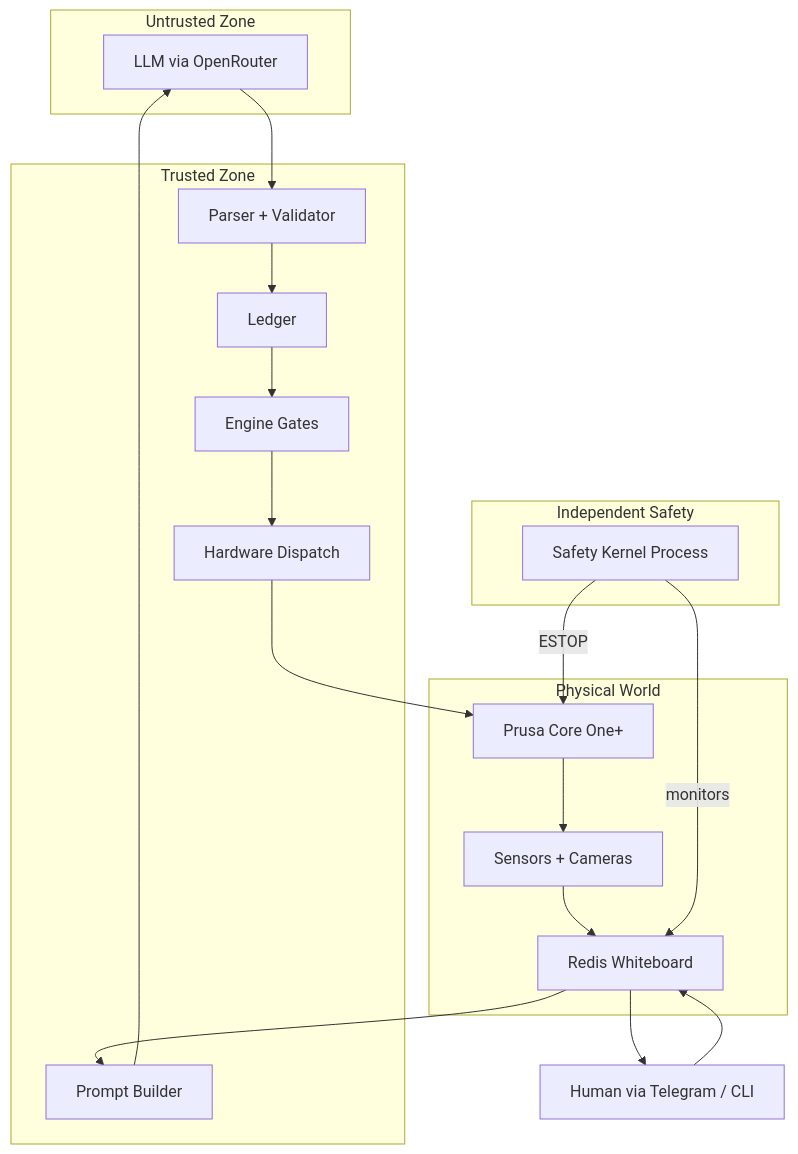
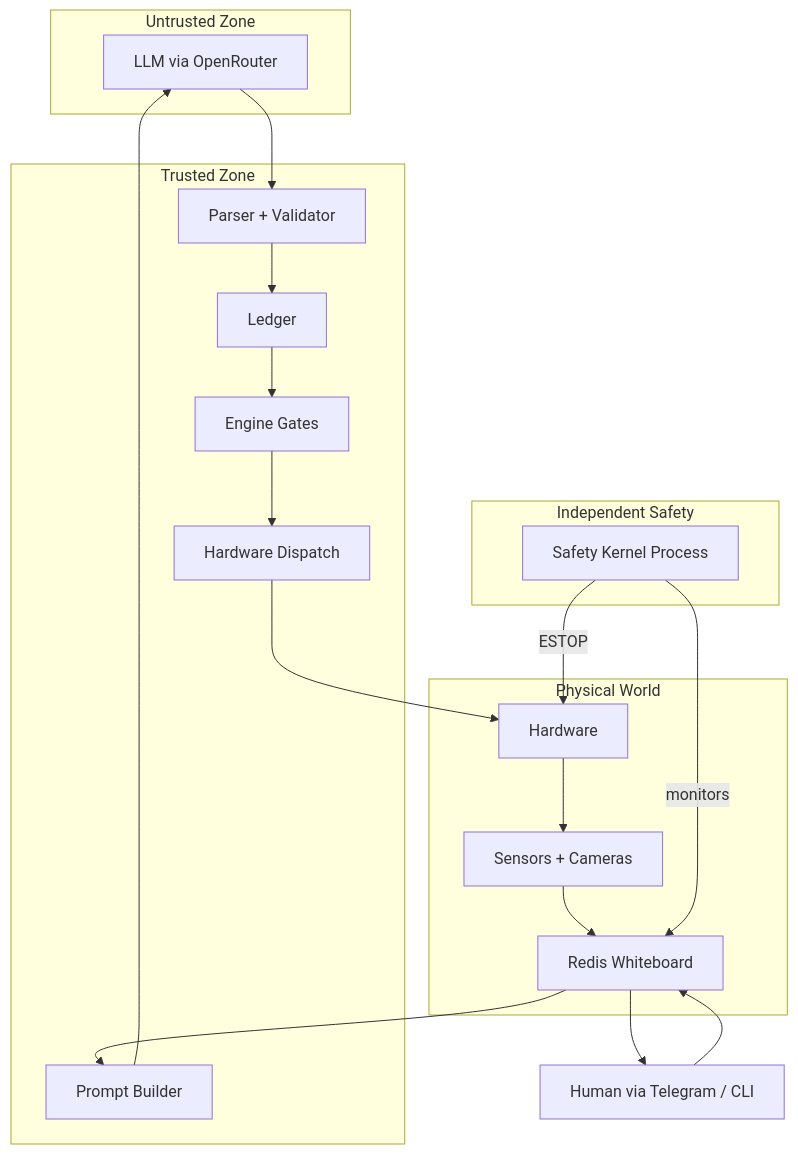
One commit to anieyrudh/Wallee changed the diagram in README.md. Above: the diagram before and after it, drawn with Mermaid. The commit also changed other lines of this file and 11 other files, not shown here.

````diff
--- a/README.md
+++ b/README.md
@@ -36,25 +36,25 @@
 ```mermaid
 graph TD
     subgraph "Untrusted Zone"
         LLM["LLM via OpenRouter"]
     end
     subgraph "Trusted Zone"
         PROMPT["Prompt Builder"] --> LLM
         LLM --> PARSER["Parser + Validator"]
         PARSER --> LEDGER["Ledger"]
         LEDGER --> ENGINE["Engine Gates"]
         ENGINE --> DISPATCH["Hardware Dispatch"]
     end
     subgraph "Physical World"
-        DISPATCH --> PRINTER["Prusa Core One+"]
-        PRINTER --> SENSORS["Sensors + Cameras"]
+        DISPATCH --> HARDWARE["Hardware"]
+        HARDWARE --> SENSORS["Sensors + Cameras"]
         SENSORS --> WB["Redis Whiteboard"]
         WB --> PROMPT
     end
     subgraph "Independent Safety"
-        SAFETY["Safety Kernel Process"] -->|"ESTOP"| PRINTER
+        SAFETY["Safety Kernel Process"] -->|"ESTOP"| HARDWARE
         SAFETY -->|"monitors"| WB
     end
     HUMAN["Human via Telegram / CLI"] --> WB
     WB --> HUMAN
 ```
````
